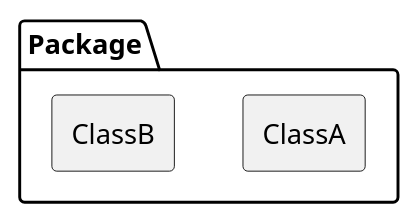
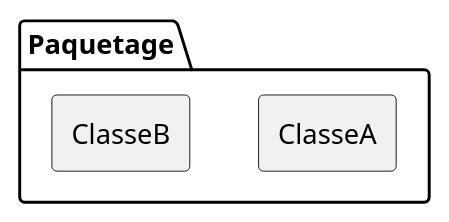
One commit to gigl-uml/Guide_uml_polymtl changed the diagram in plant_uml/packageReprésentation1.plantuml. Above: the diagram before and after it, drawn with PlantUML. The commit also changed 11 other files, not shown here.

```diff
--- a/plant_uml/packageReprésentation1.plantuml
+++ b/plant_uml/packageReprésentation1.plantuml
@@ -1,9 +1,9 @@
 @startuml
 hide circle
 skinparam backgroundcolor transparent
-package Package {
-  rectangle ClassA
-  rectangle ClassB
+package Paquetage {
+  rectangle ClasseA
+  rectangle ClasseB
 }
 
 @enduml
```
